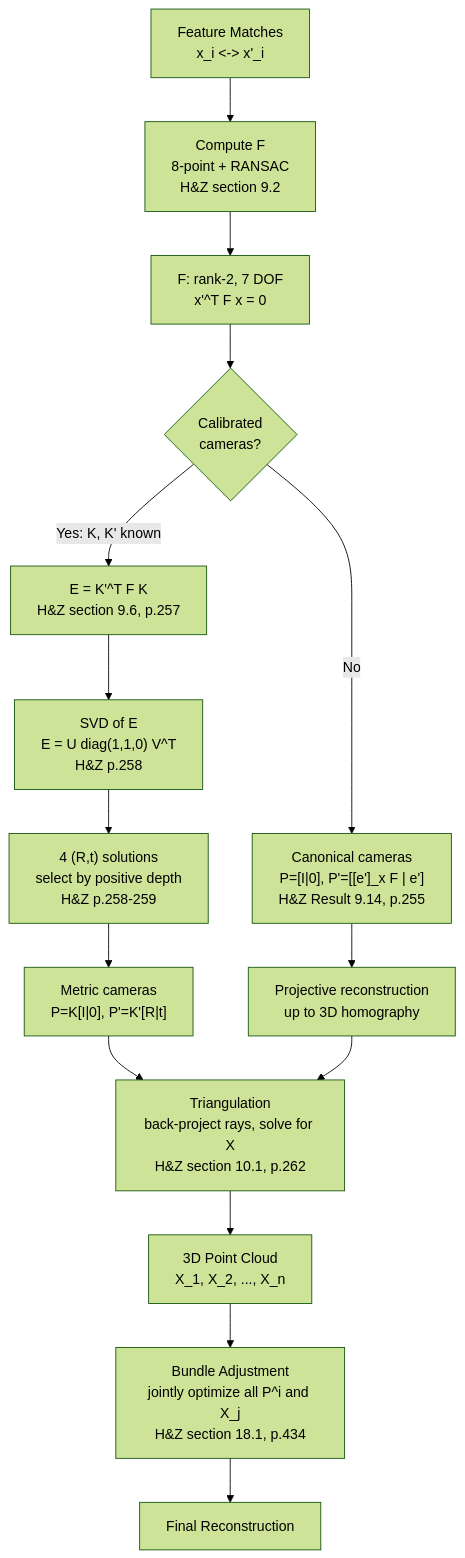
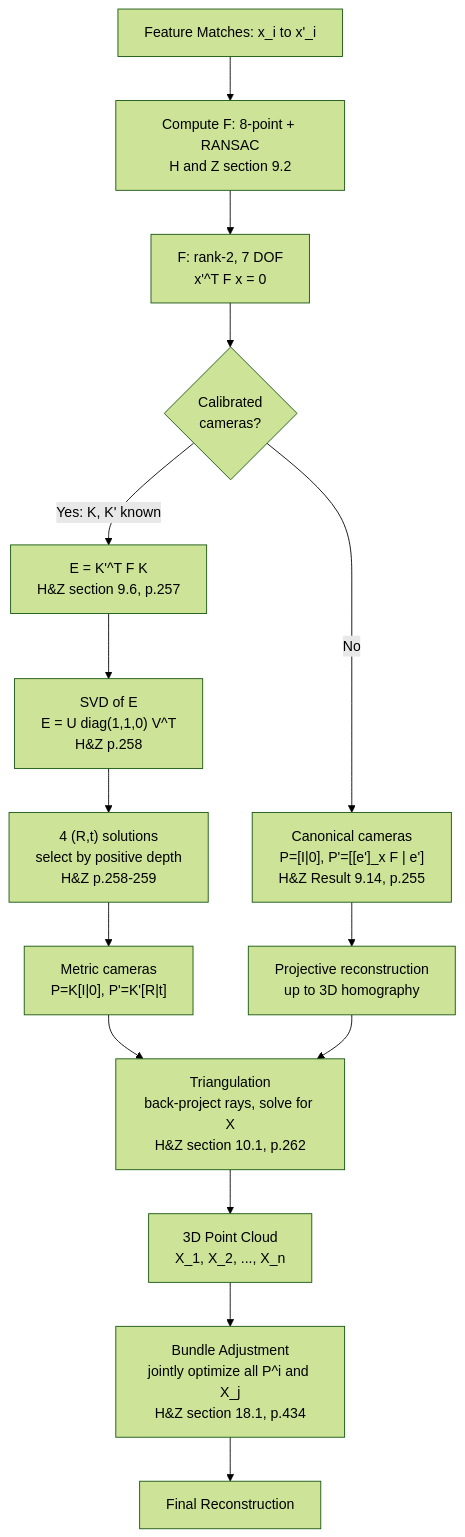
Before and after one commit to dull-bird/book_3d_cv: the second of 2 diagrams in src/00_basics/03_multi_view.md, drawn with Mermaid (forest theme). The commit also changed 3 other files, not shown here.

Commit message:
fix: 修复03 mermaid HTML实体 + 添加06/05 Python代码运行输出

````diff
--- a/src/00_basics/03_multi_view.md
+++ b/src/00_basics/03_multi_view.md
@@ -306,17 +306,17 @@
 ```mermaid
 flowchart TD
-    A["Feature Matches<br/>x_i &lt;-&gt; x'_i"] --> B["Compute F<br/>8-point + RANSAC<br/>H&Z section 9.2"]
+    A["Feature Matches: x_i to x'_i"] --> B["Compute F: 8-point + RANSAC<br/>H and Z section 9.2"]
     B --> C["F: rank-2, 7 DOF<br/>x'^T F x = 0"]
     C --> D{"Calibrated<br/>cameras?"}
     D -->|"Yes: K, K' known"| E["E = K'^T F K<br/>H&Z section 9.6, p.257"]
     D -->|"No"| F["Canonical cameras<br/>P=[I|0], P'=[[e']_x F | e']<br/>H&Z Result 9.14, p.255"]
     E --> G["SVD of E<br/>E = U diag(1,1,0) V^T<br/>H&Z p.258"]
     G --> H["4 (R,t) solutions<br/>select by positive depth<br/>H&Z p.258-259"]
     H --> I["Metric cameras<br/>P=K[I|0], P'=K'[R|t]"]
     F --> J["Projective reconstruction<br/>up to 3D homography"]
     I --> K["Triangulation<br/>back-project rays, solve for X<br/>H&Z section 10.1, p.262"]
     J --> K
     K --> L["3D Point Cloud<br/>X_1, X_2, ..., X_n"]
     L --> M["Bundle Adjustment<br/>jointly optimize all P^i and X_j<br/>H&Z section 18.1, p.434"]
     M --> N["Final Reconstruction"]
 ```
````
